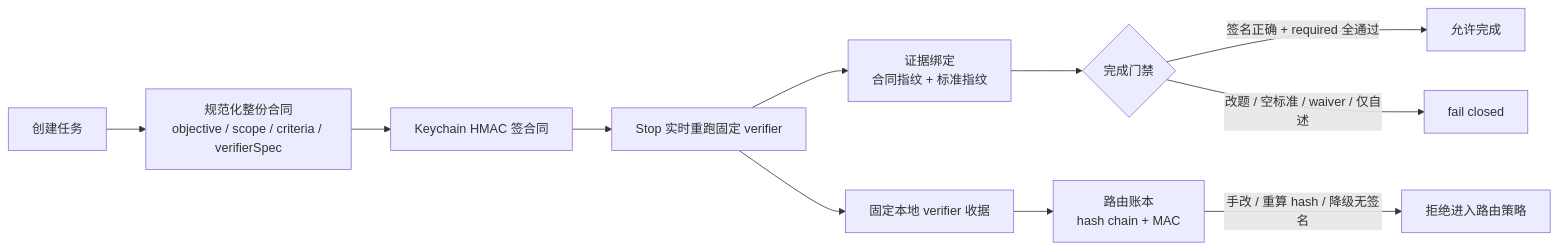
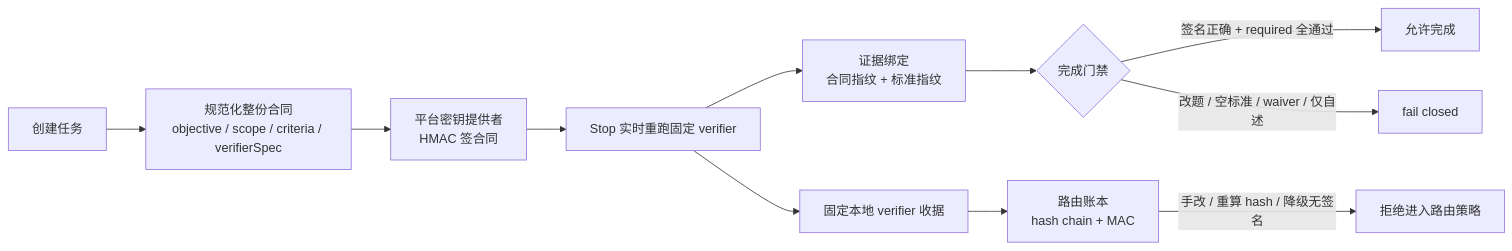
Before and after one commit to liuanye9-lab/codex-os-brain: diagram 29 of 30 in README.md, drawn with Mermaid. The commit also changed other lines of this file and 51 other files, not shown here.

````diff
--- a/README.md
+++ b/README.md
@@ -1068,13 +1073,13 @@
 ```mermaid
 flowchart LR
   Create["创建任务"] --> Canonical["规范化整份合同<br/>objective / scope / criteria / verifierSpec"]
-  Canonical --> Sign["Keychain HMAC 签合同"]
+  Canonical --> Sign["平台密钥提供者<br/>HMAC 签合同"]
   Sign --> Run["Stop 实时重跑固定 verifier"]
   Run --> Evidence["证据绑定<br/>合同指纹 + 标准指纹"]
   Evidence --> Gate{"完成门禁"}
   Gate -->|"签名正确 + required 全通过"| Complete["允许完成"]
   Gate -->|"改题 / 空标准 / waiver / 仅自述"| Block["fail closed"]
   Run --> Receipt["固定本地 verifier 收据"]
   Receipt --> Ledger["路由账本<br/>hash chain + MAC"]
   Ledger -->|"手改 / 重算 hash / 降级无签名"| Reject["拒绝进入路由策略"]
 ```
````
